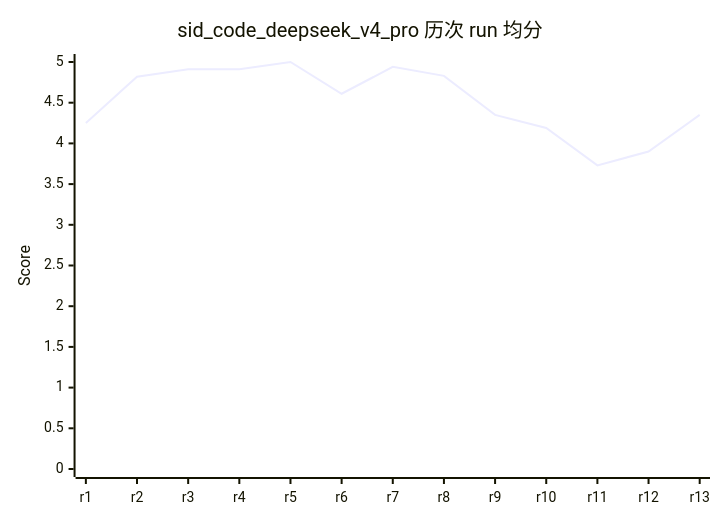
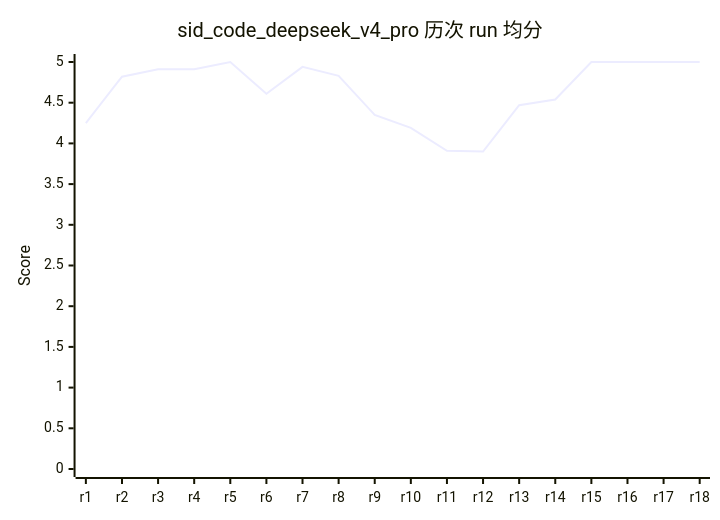
Before and after one commit to rushengzhou/sid-code: the seventh of 58 diagrams in evals/DASHBOARD.md, drawn with Mermaid. The commit also changed other lines of this file and 49 other files, not shown here.

````diff
--- a/evals/DASHBOARD.md
+++ b/evals/DASHBOARD.md
@@ -217,7 +222,7 @@
 ```mermaid
 xychart-beta
     title "sid_code_deepseek_v4_pro 历次 run 均分"
-    x-axis [r1, r2, r3, r4, r5, r6, r7, r8, r9, r10, r11, r12, r13]
+    x-axis [r1, r2, r3, r4, r5, r6, r7, r8, r9, r10, r11, r12, r13, r14, r15, r16, r17, r18]
     y-axis "Score" 0 --> 5
-    line [4.25, 4.82, 4.91, 4.91, 5.00, 4.61, 4.94, 4.83, 4.35, 4.19, 3.73, 3.90, 4.35]
+    line [4.25, 4.82, 4.91, 4.91, 5.00, 4.61, 4.94, 4.83, 4.35, 4.19, 3.91, 3.90, 4.47, 4.54, 5.00, 5.00, 5.00, 5.00]
 ```
````
